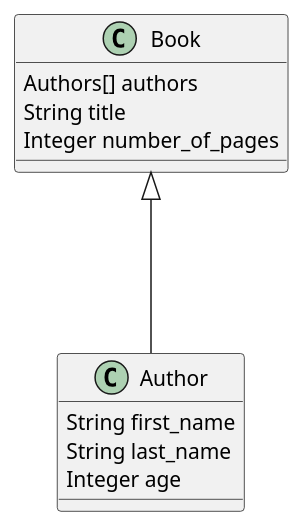
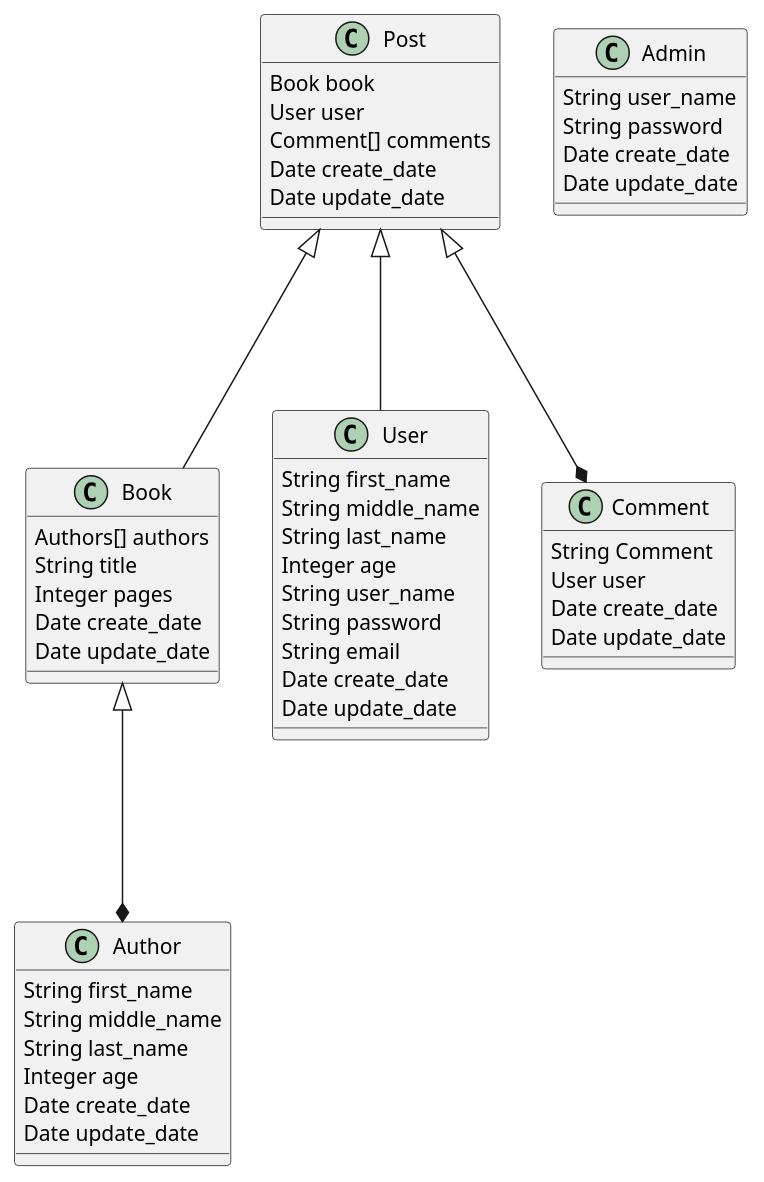
Before and after one commit to oanguin/bookface: the diagram in diagrams/src/database.wsd, drawn with PlantUML. The commit also changed 14 other files, not shown here.

```diff
--- a/diagrams/src/database.wsd
+++ b/diagrams/src/database.wsd
@@ -1,15 +1,58 @@
 @startuml Database Diagram
 class Author{
     String first_name
+    String middle_name
     String last_name
     Integer age
+    Date create_date
+    Date update_date
 }
 
 class Book{
     Authors[] authors
     String title
-    Integer number_of_pages  
+    Integer pages
+    Date create_date  
+    Date update_date
 }
 
-Book<|---Author
+class User{
+    String first_name
+    String middle_name
+    String last_name
+    Integer age
+    String user_name
+    String password
+    String email
+    Date create_date
+    Date update_date
+}
+
+class Post{
+    Book book
+    User user
+    Comment[] comments
+    Date create_date
+    Date update_date
+}
+
+class Comment{
+    String Comment
+    User user
+    Date create_date
+    Date update_date
+}
+
+class Admin{
+    String user_name
+    String password
+    Date create_date
+    Date update_date
+}
+
+Book<|---*Author
+Post<|---Book
+Post<|---*Comment
+Post<|--- User
+
 @enduml
```
